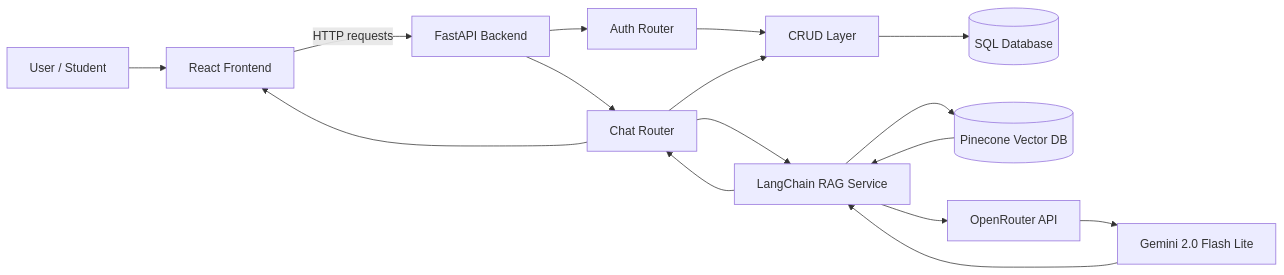
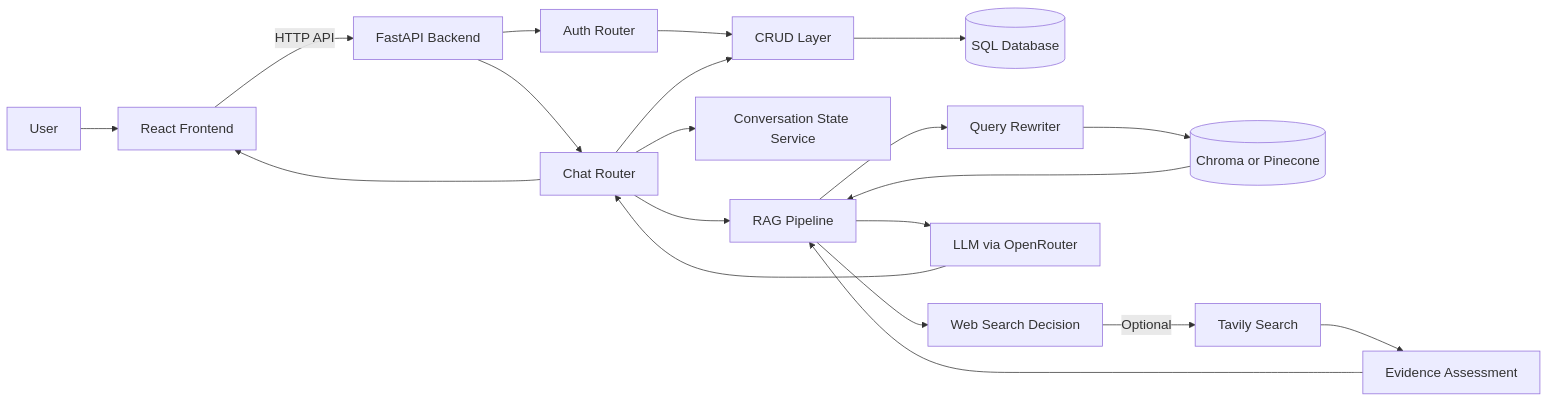
Before and after one commit to BunkhloemPEL/tvet-chatbot: the first of 6 diagrams in PROJECT_DOCUMENTATION.md, drawn with Mermaid. The commit also changed other lines of this file and 14 other files, not shown here.

````diff
--- a/PROJECT_DOCUMENTATION.md
+++ b/PROJECT_DOCUMENTATION.md
@@ -80,22 +98,29 @@
 ```mermaid
+%%{init: {"themeVariables": {"fontSize": "18px"}, "themeCSS": ".nodeLabel, .edgeLabel, .label, .actor, .messageText, .loopText { font-weight: 700 !important; }"}}%%
 flowchart LR
-    User[User / Student] --> Browser[React Frontend]
-    Browser -->|HTTP requests| API[FastAPI Backend]
+    User[User] --> Browser[React Frontend]
+    Browser -->|HTTP API| API[FastAPI Backend]
 
     API --> Auth[Auth Router]
     API --> Chat[Chat Router]
 
     Auth --> CRUD[CRUD Layer]
     Chat --> CRUD
     CRUD --> SQL[(SQL Database)]
 
-    Chat --> RAG[LangChain RAG Service]
-    RAG --> Pinecone[(Pinecone Vector DB)]
-    RAG --> OpenRouter[OpenRouter API]
-    OpenRouter --> LLM[Gemini 2.0 Flash Lite]
+    Chat --> State[Conversation State Service]
+    Chat --> RAG[RAG Pipeline]
 
-    Pinecone --> RAG
-    LLM --> RAG
-    RAG --> Chat
+    RAG --> Rewrite[Query Rewriter]
+    Rewrite --> Vector[(Chroma or Pinecone)]
+    Vector --> RAG
+
+    RAG --> WebDecision[Web Search Decision]
+    WebDecision -->|Optional| Tavily[Tavily Search]
+    Tavily --> Evidence[Evidence Assessment]
+    Evidence --> RAG
+
+    RAG --> LLM[LLM via OpenRouter]
+    LLM --> Chat
     Chat --> Browser
 ```
````
